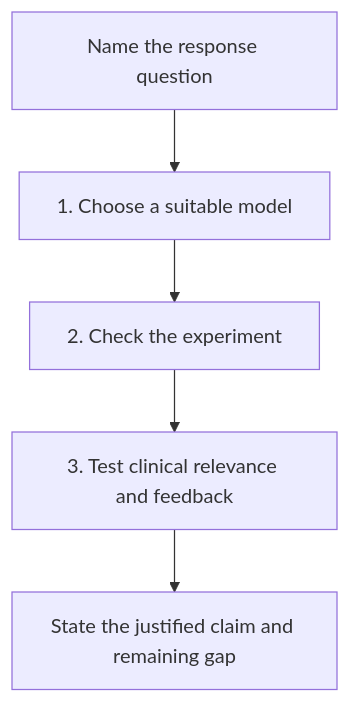
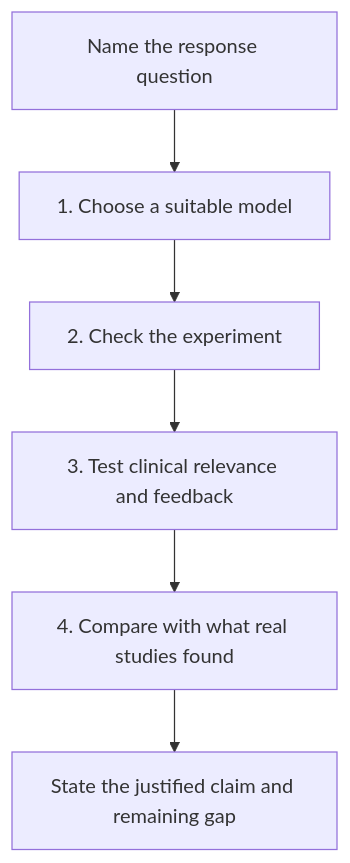
One commit to jasonLaster/oncoguide changed the diagram in wiki/education/guides/predicting-response-before-treating/index.md. Above: the diagram before and after it, drawn with Mermaid. The commit also changed other lines of this file and 527 other files, not shown here.

````diff
--- a/wiki/education/guides/predicting-response-before-treating/index.md
+++ b/wiki/education/guides/predicting-response-before-treating/index.md
@@ -34,7 +34,8 @@
 ```mermaid
 flowchart TD
   Q["Name the response question"] --> A["1. Choose a suitable model"]
   A --> B["2. Check the experiment"]
   B --> C["3. Test clinical relevance and feedback"]
-  C --> U["State the justified claim and remaining gap"]
+  C --> D["4. Compare with what real studies found"]
+  D --> U["State the justified claim and remaining gap"]
 ```
````
